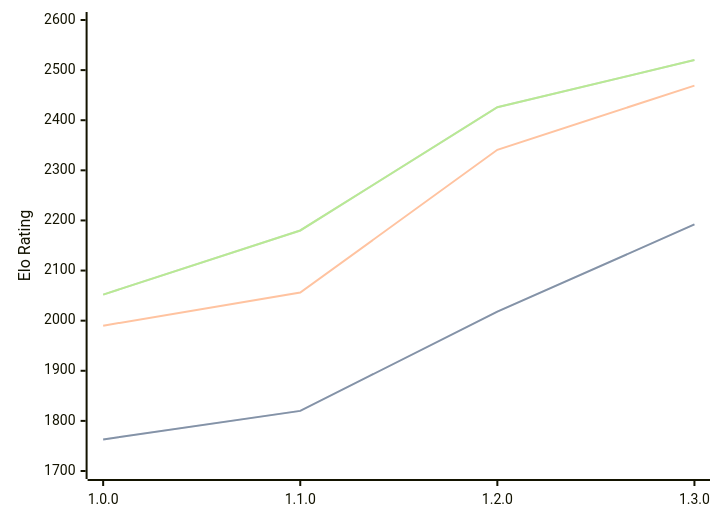
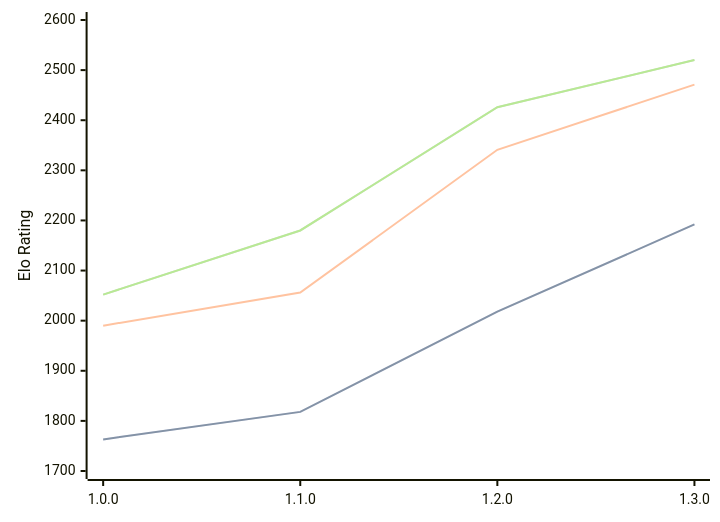
One commit to computer-chess-index/cci changed the diagram in engines/Anodos.md. Above: the diagram before and after it, drawn with Mermaid. The commit also changed other lines of this file, not shown here.

````diff
--- a/engines/Anodos.md
+++ b/engines/Anodos.md
@@ -45,11 +45,11 @@
 ```mermaid
 %%{init: {"theme":"base","themeVariables":{"seriesColors:['#a3a3a3','#222221','#faa371']}}}%%
 xychart-beta
   x-axis ["1.0.0", "1.1.0", "1.2.0", "1.3.0"]
   y-axis "Elo Rating" 1700 --> 2600
-  line "STC (8.0+0.08s)" [1763, 1820, 2018, 2192]
-  line "STC (8.0+0.08s)" [1763, 1820, 2018, 2192]
-  line "LTC (60.0+0.60s)" [1990, 2056, 2341, 2469]
+  line "STC (8.0+0.08s)" [1763, 1818, 2018, 2192]
+  line "STC (8.0+0.08s)" [1763, 1818, 2018, 2192]
+  line "LTC (60.0+0.60s)" [1990, 2056, 2341, 2471]
   line "VLTC (2m24s+1.12s)" [2052, 2180, 2426, 2520]
   line "VLTC (2m24s+1.12s)" [2052, 2180, 2426, 2520]
 ```
````
